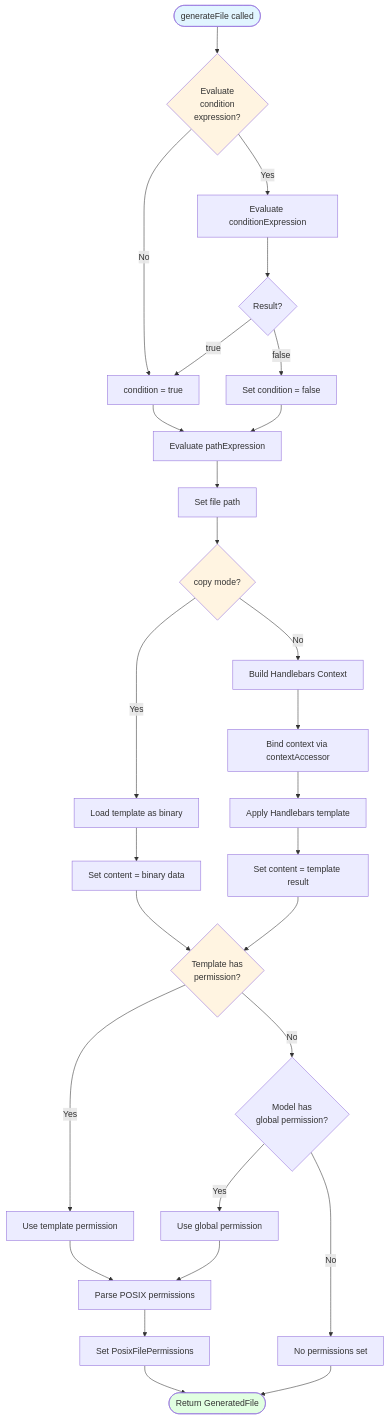
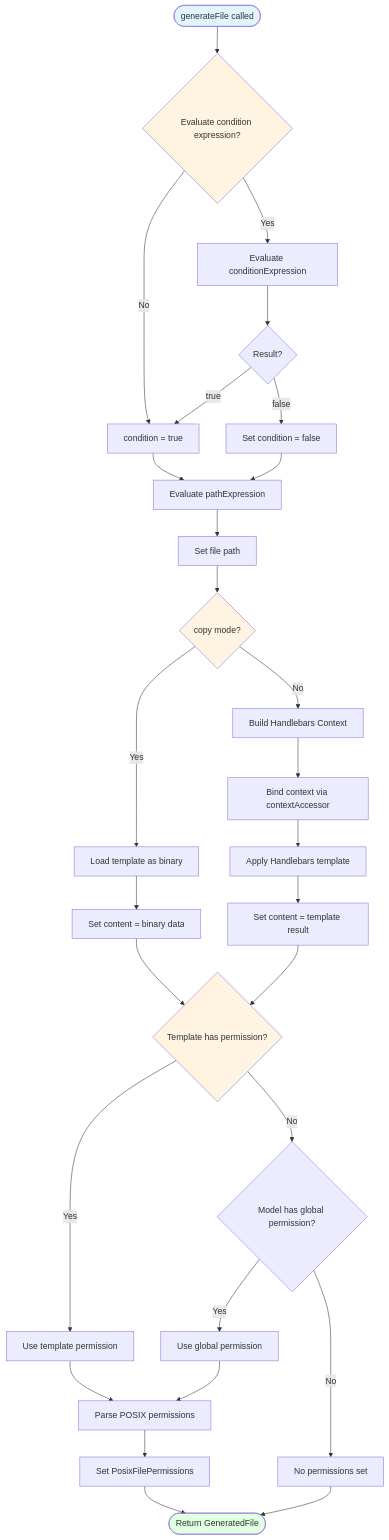
The third of 8 diagrams in README.adoc (BlackBeltTechnology/judo-generator-commons), drawn with Mermaid before and after one commit. The commit also changed other lines of this file and 2 other files, not shown here.

First line of the commit message:
Fix Mermaid diagram syntax errors and PAM/PSM typo

```diff
--- a/README.adoc
+++ b/README.adoc
@@ -246,50 +246,50 @@
 [mermaid]
 ----
 flowchart TD
-    Start([generateFile called]) --> EvalCond{Evaluate\ncondition\nexpression?}
+    Start([generateFile called]) --> EvalCond{Evaluate condition expression?}
 
     EvalCond -->|Yes| CheckCond[Evaluate conditionExpression]
     EvalCond -->|No| SetCondTrue[condition = true]
 
     CheckCond --> CondResult{Result?}
     CondResult -->|false| SetCondFalse[Set condition = false]
     CondResult -->|true| SetCondTrue
 
     SetCondTrue --> EvalPath[Evaluate pathExpression]
     SetCondFalse --> EvalPath
 
     EvalPath --> SetPath[Set file path]
 
     SetPath --> CopyMode{copy mode?}
 
     CopyMode -->|Yes| LoadBinary[Load template as binary]
     LoadBinary --> CopyContent[Set content = binary data]
 
     CopyMode -->|No| BuildContext[Build Handlebars Context]
     BuildContext --> BindContext[Bind context via contextAccessor]
     BindContext --> ApplyTemplate[Apply Handlebars template]
     ApplyTemplate --> SetContent[Set content = template result]
 
-    CopyContent --> CheckPerm{Template has\npermission?}
+    CopyContent --> CheckPerm{Template has permission?}
     SetContent --> CheckPerm
 
     CheckPerm -->|Yes| UseTmplPerm[Use template permission]
-    CheckPerm -->|No| CheckGlobalPerm{Model has\nglobal permission?}
+    CheckPerm -->|No| CheckGlobalPerm{Model has global permission?}
 
     CheckGlobalPerm -->|Yes| UseGlobalPerm[Use global permission]
     CheckGlobalPerm -->|No| NoPerm[No permissions set]
 
     UseTmplPerm --> ParsePerm[Parse POSIX permissions]
     UseGlobalPerm --> ParsePerm
 
     ParsePerm --> SetPerm[Set PosixFilePermissions]
 
     SetPerm --> Return([Return GeneratedFile])
     NoPerm --> Return
 
     style Start fill:#e1f5ff
     style Return fill:#e1ffe1
     style EvalCond fill:#fff4e1
     style CopyMode fill:#fff4e1
     style CheckPerm fill:#fff4e1
 ----
```
